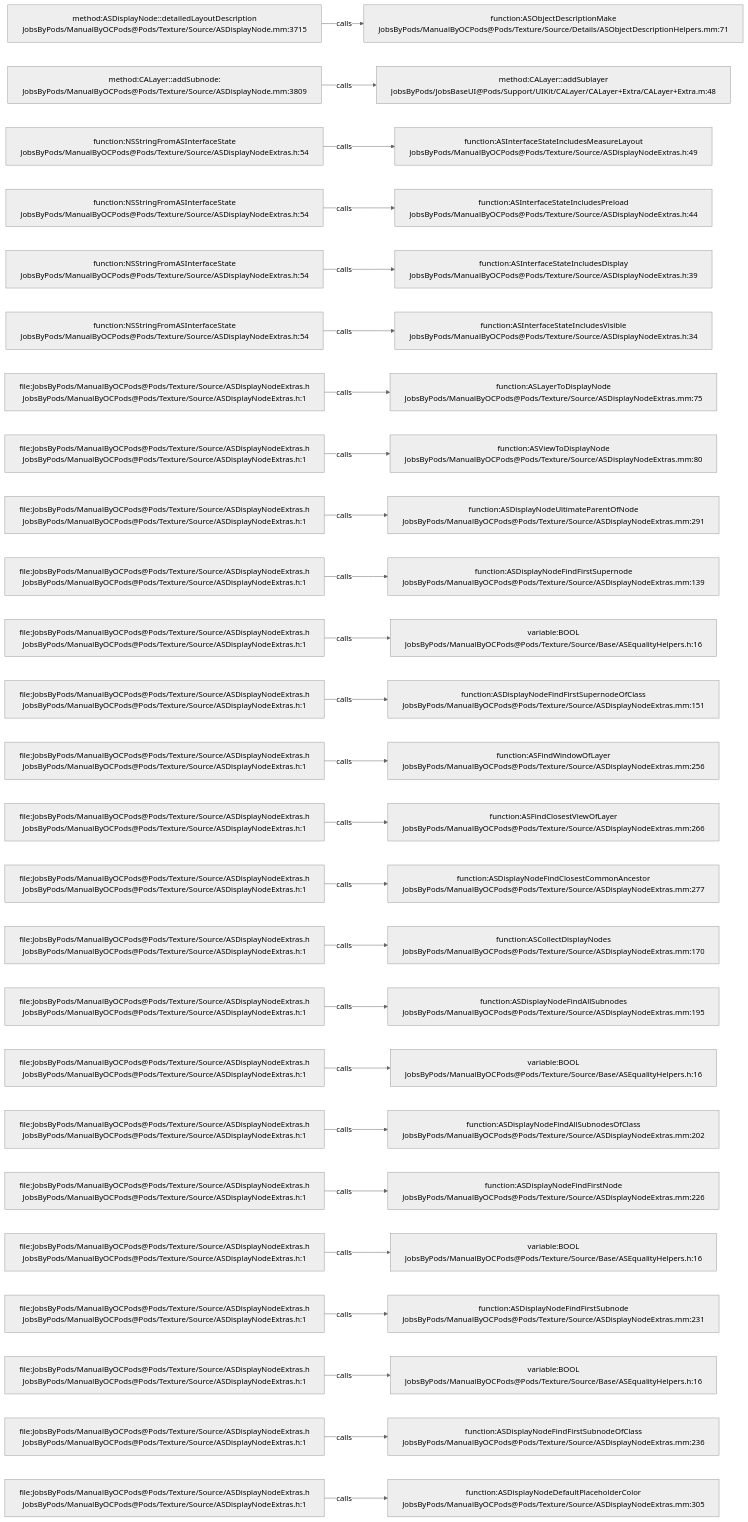
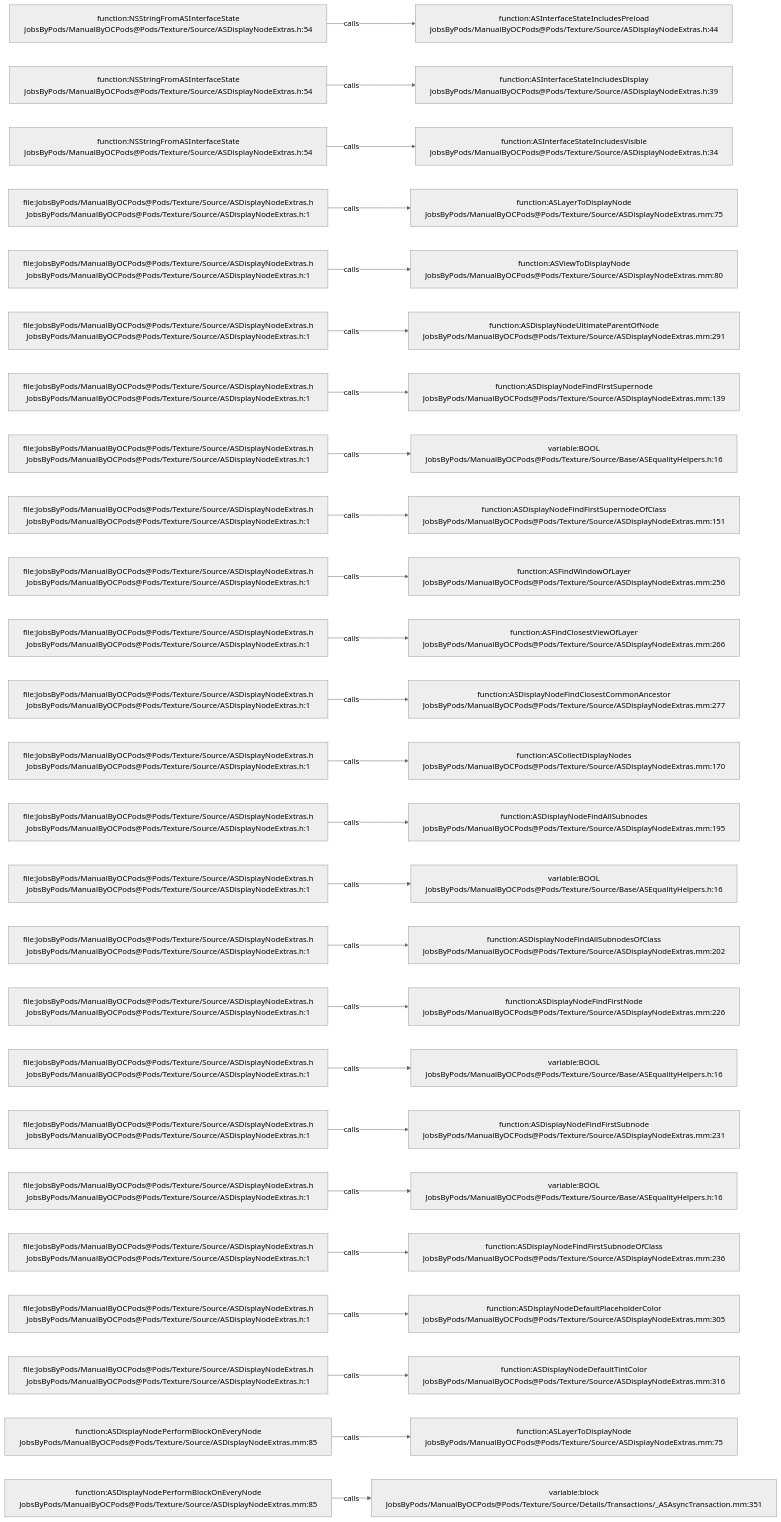
One commit to JobsKits/JobsOCBaseConfigDemo changed the diagram in .codegraph/codegraph.md/graphs/calls-107.md. Above: the diagram before and after it, drawn with Mermaid (neutral theme). The commit also changed 342 other files, not shown here.

````diff
--- a/.codegraph/codegraph.md/graphs/calls-107.md
+++ b/.codegraph/codegraph.md/graphs/calls-107.md
@@ -13,78 +13,78 @@
 ```mermaid
 flowchart LR
-  S1["method:ASDisplayNode::detailedLayoutDescription<br/>JobsByPods/ManualByOCPods@Pods/Texture/Source/ASDisplayNode.mm:3715"]
-  T1["function:ASObjectDescriptionMake<br/>JobsByPods/ManualByOCPods@Pods/Texture/Source/Details/ASObjectDescriptionHelpers.mm:71"]
+  S1["function:NSStringFromASInterfaceState<br/>JobsByPods/ManualByOCPods@Pods/Texture/Source/ASDisplayNodeExtras.h:54"]
+  T1["function:ASInterfaceStateIncludesPreload<br/>JobsByPods/ManualByOCPods@Pods/Texture/Source/ASDisplayNodeExtras.h:44"]
   S1 -->|calls| T1
-  S2["method:CALayer::addSubnode:<br/>JobsByPods/ManualByOCPods@Pods/Texture/Source/ASDisplayNode.mm:3809"]
-  T2["method:CALayer::addSublayer<br/>JobsByPods/JobsBaseUI@Pods/Support/UIKit/CALayer/CALayer+Extra/CALayer+Extra.m:48"]
+  S2["function:NSStringFromASInterfaceState<br/>JobsByPods/ManualByOCPods@Pods/Texture/Source/ASDisplayNodeExtras.h:54"]
+  T2["function:ASInterfaceStateIncludesDisplay<br/>JobsByPods/ManualByOCPods@Pods/Texture/Source/ASDisplayNodeExtras.h:39"]
   S2 -->|calls| T2
   S3["function:NSStringFromASInterfaceState<br/>JobsByPods/ManualByOCPods@Pods/Texture/Source/ASDisplayNodeExtras.h:54"]
-  T3["function:ASInterfaceStateIncludesMeasureLayout<br/>JobsByPods/ManualByOCPods@Pods/Texture/Source/ASDisplayNodeExtras.h:49"]
+  T3["function:ASInterfaceStateIncludesVisible<br/>JobsByPods/ManualByOCPods@Pods/Texture/Source/ASDisplayNodeExtras.h:34"]
   S3 -->|calls| T3
-  S4["function:NSStringFromASInterfaceState<br/>JobsByPods/ManualByOCPods@Pods/Texture/Source/ASDisplayNodeExtras.h:54"]
-  T4["function:ASInterfaceStateIncludesPreload<br/>JobsByPods/ManualByOCPods@Pods/Texture/Source/ASDisplayNodeExtras.h:44"]
+  S4["file:JobsByPods/ManualByOCPods@Pods/Texture/Source/ASDisplayNodeExtras.h<br/>JobsByPods/ManualByOCPods@Pods/Texture/Source/ASDisplayNodeExtras.h:1"]
+  T4["function:ASLayerToDisplayNode<br/>JobsByPods/ManualByOCPods@Pods/Texture/Source/ASDisplayNodeExtras.mm:75"]
   S4 -->|calls| T4
-  S5["function:NSStringFromASInterfaceState<br/>JobsByPods/ManualByOCPods@Pods/Texture/Source/ASDisplayNodeExtras.h:54"]
-  T5["function:ASInterfaceStateIncludesDisplay<br/>JobsByPods/ManualByOCPods@Pods/Texture/Source/ASDisplayNodeExtras.h:39"]
+  S5["file:JobsByPods/ManualByOCPods@Pods/Texture/Source/ASDisplayNodeExtras.h<br/>JobsByPods/ManualByOCPods@Pods/Texture/Source/ASDisplayNodeExtras.h:1"]
+  T5["function:ASViewToDisplayNode<br/>JobsByPods/ManualByOCPods@Pods/Texture/Source/ASDisplayNodeExtras.mm:80"]
   S5 -->|calls| T5
-  S6["function:NSStringFromASInterfaceState<br/>JobsByPods/ManualByOCPods@Pods/Texture/Source/ASDisplayNodeExtras.h:54"]
-  T6["function:ASInterfaceStateIncludesVisible<br/>JobsByPods/ManualByOCPods@Pods/Texture/Source/ASDisplayNodeExtras.h:34"]
+  S6["file:JobsByPods/ManualByOCPods@Pods/Texture/Source/ASDisplayNodeExtras.h<br/>JobsByPods/ManualByOCPods@Pods/Texture/Source/ASDisplayNodeExtras.h:1"]
+  T6["function:ASDisplayNodeUltimateParentOfNode<br/>JobsByPods/ManualByOCPods@Pods/Texture/Source/ASDisplayNodeExtras.mm:291"]
   S6 -->|calls| T6
   S7["file:JobsByPods/ManualByOCPods@Pods/Texture/Source/ASDisplayNodeExtras.h<br/>JobsByPods/ManualByOCPods@Pods/Texture/Source/ASDisplayNodeExtras.h:1"]
-  T7["function:ASLayerToDisplayNode<br/>JobsByPods/ManualByOCPods@Pods/Texture/Source/ASDisplayNodeExtras.mm:75"]
+  T7["function:ASDisplayNodeFindFirstSupernode<br/>JobsByPods/ManualByOCPods@Pods/Texture/Source/ASDisplayNodeExtras.mm:139"]
   S7 -->|calls| T7
   S8["file:JobsByPods/ManualByOCPods@Pods/Texture/Source/ASDisplayNodeExtras.h<br/>JobsByPods/ManualByOCPods@Pods/Texture/Source/ASDisplayNodeExtras.h:1"]
-  T8["function:ASViewToDisplayNode<br/>JobsByPods/ManualByOCPods@Pods/Texture/Source/ASDisplayNodeExtras.mm:80"]
+  T8["variable:BOOL<br/>JobsByPods/ManualByOCPods@Pods/Texture/Source/Base/ASEqualityHelpers.h:16"]
   S8 -->|calls| T8
   S9["file:JobsByPods/ManualByOCPods@Pods/Texture/Source/ASDisplayNodeExtras.h<br/>JobsByPods/ManualByOCPods@Pods/Texture/Source/ASDisplayNodeExtras.h:1"]
-  T9["function:ASDisplayNodeUltimateParentOfNode<br/>JobsByPods/ManualByOCPods@Pods/Texture/Source/ASDisplayNodeExtras.mm:291"]
+  T9["function:ASDisplayNodeFindFirstSupernodeOfClass<br/>JobsByPods/ManualByOCPods@Pods/Texture/Source/ASDisplayNodeExtras.mm:151"]
   S9 -->|calls| T9
   S10["file:JobsByPods/ManualByOCPods@Pods/Texture/Source/ASDisplayNodeExtras.h<br/>JobsByPods/ManualByOCPods@Pods/Texture/Source/ASDisplayNodeExtras.h:1"]
-  T10["function:ASDisplayNodeFindFirstSupernode<br/>JobsByPods/ManualByOCPods@Pods/Texture/Source/ASDisplayNodeExtras.mm:139"]
+  T10["function:ASFindWindowOfLayer<br/>JobsByPods/ManualByOCPods@Pods/Texture/Source/ASDisplayNodeExtras.mm:256"]
   S10 -->|calls| T10
   S11["file:JobsByPods/ManualByOCPods@Pods/Texture/Source/ASDisplayNodeExtras.h<br/>JobsByPods/ManualByOCPods@Pods/Texture/Source/ASDisplayNodeExtras.h:1"]
-  T11["variable:BOOL<br/>JobsByPods/ManualByOCPods@Pods/Texture/Source/Base/ASEqualityHelpers.h:16"]
+  T11["function:ASFindClosestViewOfLayer<br/>JobsByPods/ManualByOCPods@Pods/Texture/Source/ASDisplayNodeExtras.mm:266"]
   S11 -->|calls| T11
   S12["file:JobsByPods/ManualByOCPods@Pods/Texture/Source/ASDisplayNodeExtras.h<br/>JobsByPods/ManualByOCPods@Pods/Texture/Source/ASDisplayNodeExtras.h:1"]
-  T12["function:ASDisplayNodeFindFirstSupernodeOfClass<br/>JobsByPods/ManualByOCPods@Pods/Texture/Source/ASDisplayNodeExtras.mm:151"]
+  T12["function:ASDisplayNodeFindClosestCommonAncestor<br/>JobsByPods/ManualByOCPods@Pods/Texture/Source/ASDisplayNodeExtras.mm:277"]
   S12 -->|calls| T12
   S13["file:JobsByPods/ManualByOCPods@Pods/Texture/Source/ASDisplayNodeExtras.h<br/>JobsByPods/ManualByOCPods@Pods/Texture/Source/ASDisplayNodeExtras.h:1"]
-  T13["function:ASFindWindowOfLayer<br/>JobsByPods/ManualByOCPods@Pods/Texture/Source/ASDisplayNodeExtras.mm:256"]
+  T13["function:ASCollectDisplayNodes<br/>JobsByPods/ManualByOCPods@Pods/Texture/Source/ASDisplayNodeExtras.mm:170"]
   S13 -->|calls| T13
   S14["file:JobsByPods/ManualByOCPods@Pods/Texture/Source/ASDisplayNodeExtras.h<br/>JobsByPods/ManualByOCPods@Pods/Texture/Source/ASDisplayNodeExtras.h:1"]
-  T14["function:ASFindClosestViewOfLayer<br/>JobsByPods/ManualByOCPods@Pods/Texture/Source/ASDisplayNodeExtras.mm:266"]
+  T14["function:ASDisplayNodeFindAllSubnodes<br/>JobsByPods/ManualByOCPods@Pods/Texture/Source/ASDisplayNodeExtras.mm:195"]
   S14 -->|calls| T14
   S15["file:JobsByPods/ManualByOCPods@Pods/Texture/Source/ASDisplayNodeExtras.h<br/>JobsByPods/ManualByOCPods@Pods/Texture/Source/ASDisplayNodeExtras.h:1"]
-  T15["function:ASDisplayNodeFindClosestCommonAncestor<br/>JobsByPods/ManualByOCPods@Pods/Texture/Source/ASDisplayNodeExtras.mm:277"]
+  T15["variable:BOOL<br/>JobsByPods/ManualByOCPods@Pods/Texture/Source/Base/ASEqualityHelpers.h:16"]
   S15 -->|calls| T15
   S16["file:JobsByPods/ManualByOCPods@Pods/Texture/Source/ASDisplayNodeExtras.h<br/>JobsByPods/ManualByOCPods@Pods/Texture/Source/ASDisplayNodeExtras.h:1"]
-  T16["function:ASCollectDisplayNodes<br/>JobsByPods/ManualByOCPods@Pods/Texture/Source/ASDisplayNodeExtras.mm:170"]
+  T16["function:ASDisplayNodeFindAllSubnodesOfClass<br/>JobsByPods/ManualByOCPods@Pods/Texture/Source/ASDisplayNodeExtras.mm:202"]
   S16 -->|calls| T16
   S17["file:JobsByPods/ManualByOCPods@Pods/Texture/Source/ASDisplayNodeExtras.h<br/>JobsByPods/ManualByOCPods@Pods/Texture/Source/ASDisplayNodeExtras.h:1"]
-  T17["function:ASDisplayNodeFindAllSubnodes<br/>JobsByPods/ManualByOCPods@Pods/Texture/Source/ASDisplayNodeExtras.mm:195"]
+  T17["function:ASDisplayNodeFindFirstNode<br/>JobsByPods/ManualByOCPods@Pods/Texture/Source/ASDisplayNodeExtras.mm:226"]
   S17 -->|calls| T17
   S18["file:JobsByPods/ManualByOCPods@Pods/Texture/Source/ASDisplayNodeExtras.h<br/>JobsByPods/ManualByOCPods@Pods/Texture/Source/ASDisplayNodeExtras.h:1"]
   T18["variable:BOOL<br/>JobsByPods/ManualByOCPods@Pods/Texture/Source/Base/ASEqualityHelpers.h:16"]
   S18 -->|calls| T18
   S19["file:JobsByPods/ManualByOCPods@Pods/Texture/Source/ASDisplayNodeExtras.h<br/>JobsByPods/ManualByOCPods@Pods/Texture/Source/ASDisplayNodeExtras.h:1"]
-  T19["function:ASDisplayNodeFindAllSubnodesOfClass<br/>JobsByPods/ManualByOCPods@Pods/Texture/Source/ASDisplayNodeExtras.mm:202"]
+  T19["function:ASDisplayNodeFindFirstSubnode<br/>JobsByPods/ManualByOCPods@Pods/Texture/Source/ASDisplayNodeExtras.mm:231"]
   S19 -->|calls| T19
   S20["file:JobsByPods/ManualByOCPods@Pods/Texture/Source/ASDisplayNodeExtras.h<br/>JobsByPods/ManualByOCPods@Pods/Texture/Source/ASDisplayNodeExtras.h:1"]
-  T20["function:ASDisplayNodeFindFirstNode<br/>JobsByPods/ManualByOCPods@Pods/Texture/Source/ASDisplayNodeExtras.mm:226"]
+  T20["variable:BOOL<br/>JobsByPods/ManualByOCPods@Pods/Texture/Source/Base/ASEqualityHelpers.h:16"]
   S20 -->|calls| T20
   S21["file:JobsByPods/ManualByOCPods@Pods/Texture/Source/ASDisplayNodeExtras.h<br/>JobsByPods/ManualByOCPods@Pods/Texture/Source/ASDisplayNodeExtras.h:1"]
-  T21["variable:BOOL<br/>JobsByPods/ManualByOCPods@Pods/Texture/Source/Base/ASEqualityHelpers.h:16"]
+  T21["function:ASDisplayNodeFindFirstSubnodeOfClass<br/>JobsByPods/ManualByOCPods@Pods/Texture/Source/ASDisplayNodeExtras.mm:236"]
   S21 -->|calls| T21
   S22["file:JobsByPods/ManualByOCPods@Pods/Texture/Source/ASDisplayNodeExtras.h<br/>JobsByPods/ManualByOCPods@Pods/Texture/Source/ASDisplayNodeExtras.h:1"]
-  T22["function:ASDisplayNodeFindFirstSubnode<br/>JobsByPods/ManualByOCPods@Pods/Texture/Source/ASDisplayNodeExtras.mm:231"]
+  T22["function:ASDisplayNodeDefaultPlaceholderColor<br/>JobsByPods/ManualByOCPods@Pods/Texture/Source/ASDisplayNodeExtras.mm:305"]
   S22 -->|calls| T22
   S23["file:JobsByPods/ManualByOCPods@Pods/Texture/Source/ASDisplayNodeExtras.h<br/>JobsByPods/ManualByOCPods@Pods/Texture/Source/ASDisplayNodeExtras.h:1"]
-  T23["variable:BOOL<br/>JobsByPods/ManualByOCPods@Pods/Texture/Source/Base/ASEqualityHelpers.h:16"]
+  T23["function:ASDisplayNodeDefaultTintColor<br/>JobsByPods/ManualByOCPods@Pods/Texture/Source/ASDisplayNodeExtras.mm:316"]
   S23 -->|calls| T23
-  S24["file:JobsByPods/ManualByOCPods@Pods/Texture/Source/ASDisplayNodeExtras.h<br/>JobsByPods/ManualByOCPods@Pods/Texture/Source/ASDisplayNodeExtras.h:1"]
-  T24["function:ASDisplayNodeFindFirstSubnodeOfClass<br/>JobsByPods/ManualByOCPods@Pods/Texture/Source/ASDisplayNodeExtras.mm:236"]
+  S24["function:ASDisplayNodePerformBlockOnEveryNode<br/>JobsByPods/ManualByOCPods@Pods/Texture/Source/ASDisplayNodeExtras.mm:85"]
+  T24["function:ASLayerToDisplayNode<br/>JobsByPods/ManualByOCPods@Pods/Texture/Source/ASDisplayNodeExtras.mm:75"]
   S24 -->|calls| T24
-  S25["file:JobsByPods/ManualByOCPods@Pods/Texture/Source/ASDisplayNodeExtras.h<br/>JobsByPods/ManualByOCPods@Pods/Texture/Source/ASDisplayNodeExtras.h:1"]
-  T25["function:ASDisplayNodeDefaultPlaceholderColor<br/>JobsByPods/ManualByOCPods@Pods/Texture/Source/ASDisplayNodeExtras.mm:305"]
+  S25["function:ASDisplayNodePerformBlockOnEveryNode<br/>JobsByPods/ManualByOCPods@Pods/Texture/Source/ASDisplayNodeExtras.mm:85"]
+  T25["variable:block<br/>JobsByPods/ManualByOCPods@Pods/Texture/Source/Details/Transactions/_ASAsyncTransaction.mm:351"]
   S25 -->|calls| T25
 ```
````
